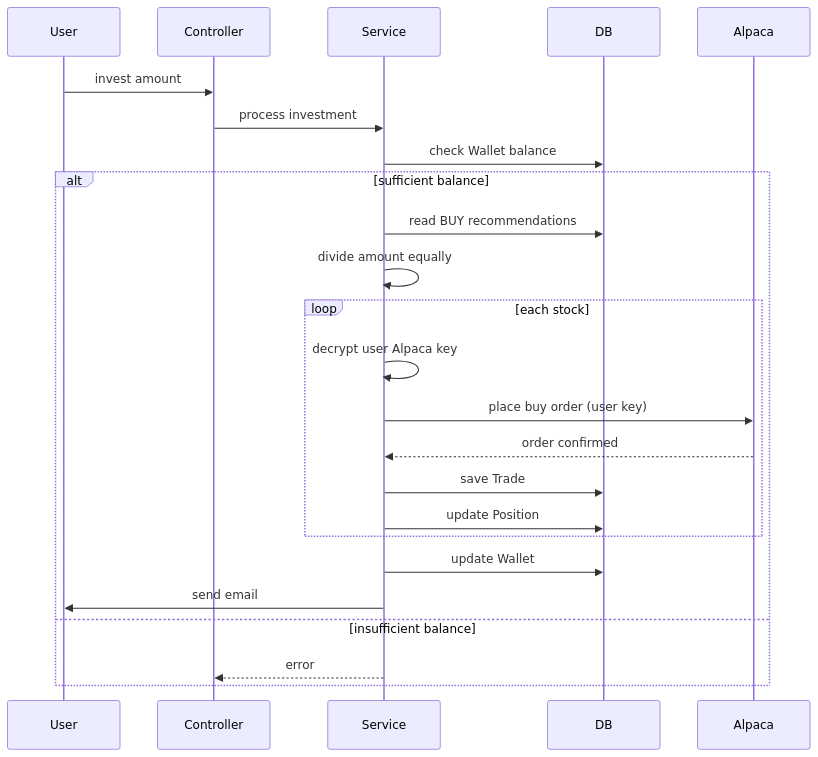
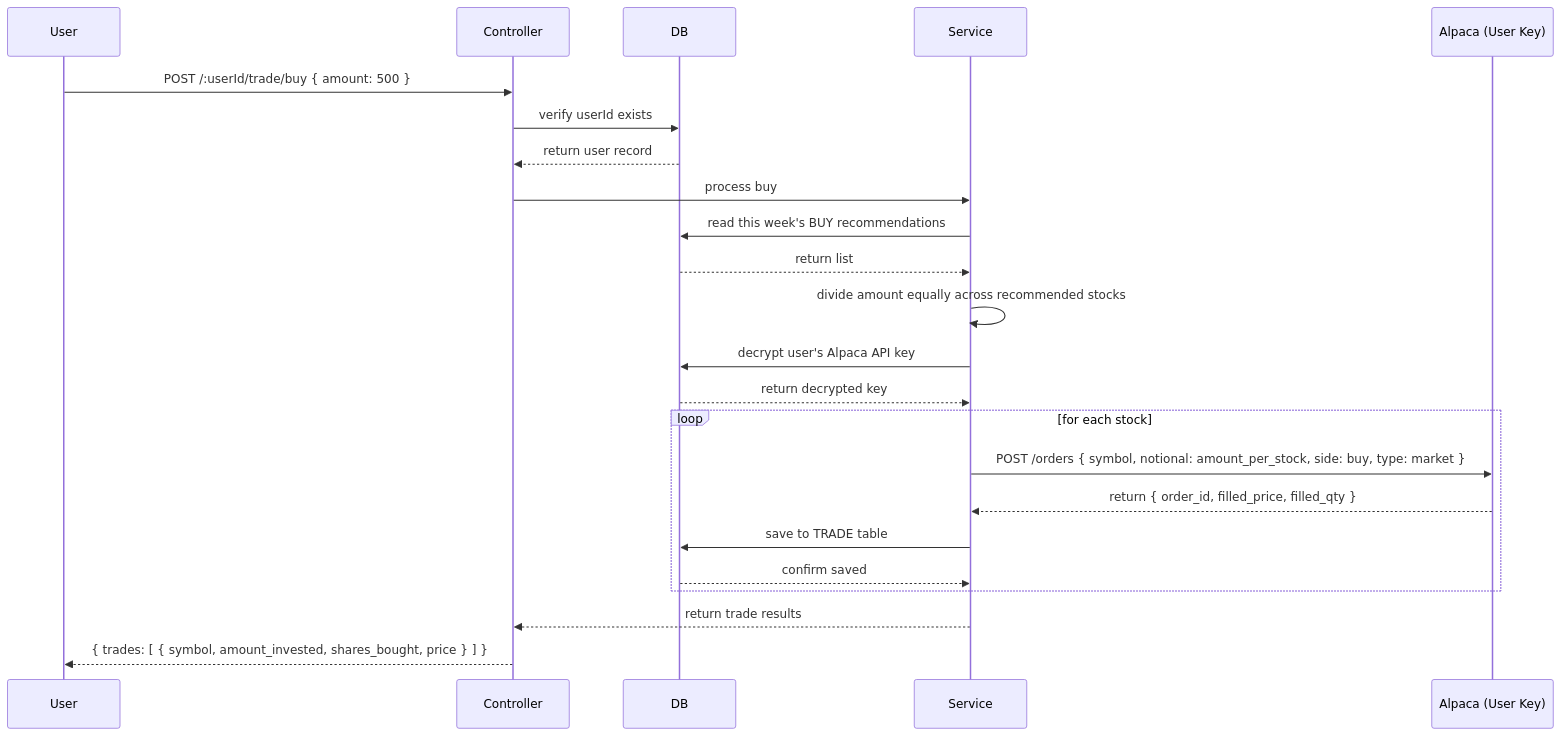
The second of 4 diagrams in docs/sequence-diagram.md (shivam-tamboli/momentum-trading-system), drawn with Mermaid before and after one commit. The commit also changed other lines of this file and 3 other files, not shown here.

````diff
--- a/docs/sequence-diagram.md
+++ b/docs/sequence-diagram.md
@@ -27,27 +37,30 @@
 ```mermaid
 sequenceDiagram
     participant User
     participant Controller
+    participant DB
     participant Service
-    participant DB
-    participant Alpaca
+    participant Alpaca as Alpaca (User Key)
 
-    User->>Controller: invest amount
-    Controller->>Service: process investment
-    Service->>DB: check Wallet balance
-    alt sufficient balance
-        Service->>DB: read BUY recommendations
-        Service->>Service: divide amount equally
-        loop each stock
-            Service->>Service: decrypt user Alpaca key
-            Service->>Alpaca: place buy order (user key)
-            Alpaca-->>Service: order confirmed
-            Service->>DB: save Trade
-            Service->>DB: update Position
-        end
-        Service->>DB: update Wallet
-        Service->>User: send email
-    else insufficient balance
-        Service-->>Controller: error
+    User->>Controller: POST /:userId/trade/buy { amount: 500 }
+    Controller->>DB: verify userId exists
+    DB-->>Controller: return user record
+    Controller->>Service: process buy
+
+    Service->>DB: read this week's BUY recommendations
+    DB-->>Service: return list
+
+    Service->>Service: divide amount equally across recommended stocks
+    Service->>DB: decrypt user's Alpaca API key
+    DB-->>Service: return decrypted key
+
+    loop for each stock
+        Service->>Alpaca: POST /orders { symbol, notional: amount_per_stock, side: buy, type: market }
+        Alpaca-->>Service: return { order_id, filled_price, filled_qty }
+        Service->>DB: save to TRADE table
+        DB-->>Service: confirm saved
     end
+
+    Service-->>Controller: return trade results
+    Controller-->>User: { trades: [ { symbol, amount_invested, shares_bought, price } ] }
 ```
````
